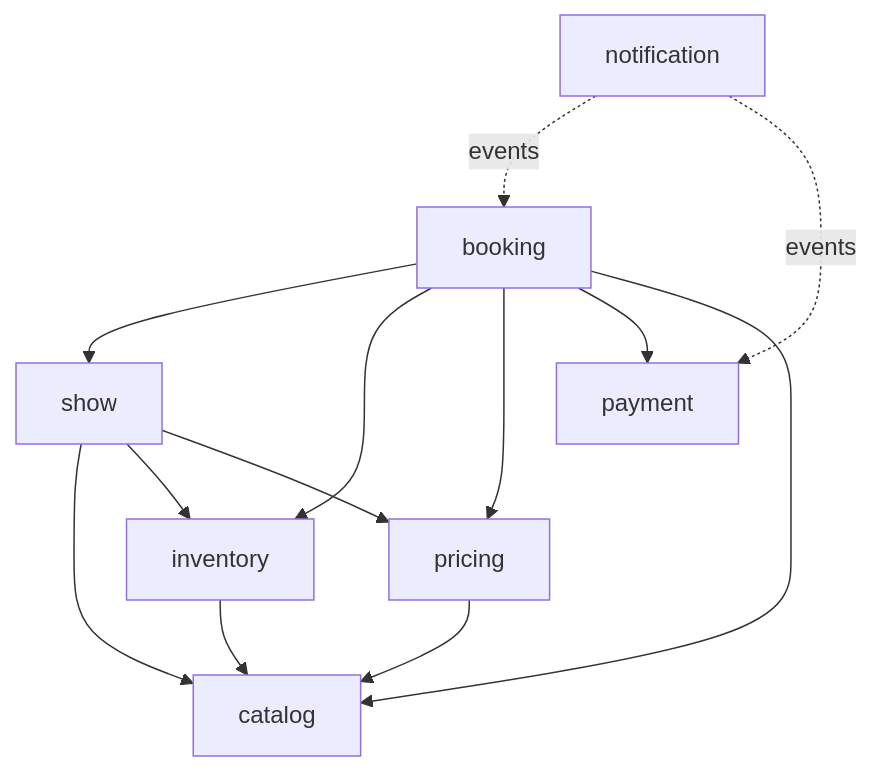
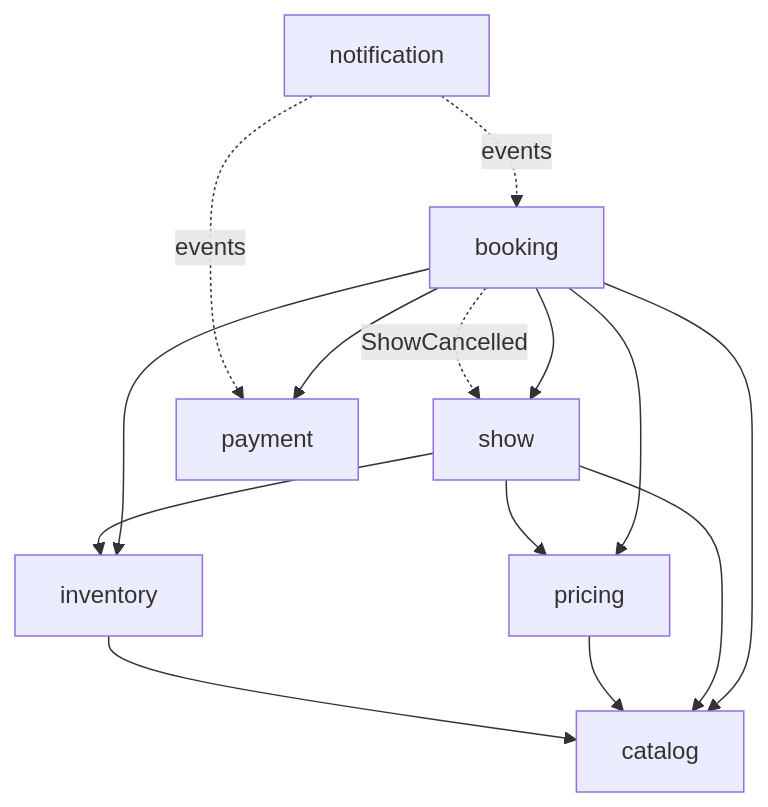
One commit to SumitPandey001/movie-ticket-booking-system changed the second of 2 diagrams in README.md. Above: the diagram before and after it, drawn with Mermaid. The commit also changed other lines of this file and 32 other files, not shown here.

````diff
--- a/README.md
+++ b/README.md
@@ -53,15 +71,16 @@
 ```mermaid
 flowchart TD
     booking --> show
     booking --> inventory
     booking --> pricing
     booking --> payment
     booking --> catalog
     show --> catalog
     show --> inventory
     show --> pricing
     pricing --> catalog
     inventory --> catalog
     notification -.events.-> booking
     notification -.events.-> payment
+    booking -.ShowCancelled.-> show
 ```
````
